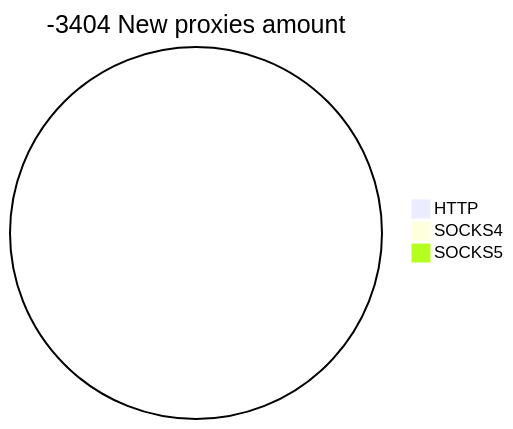
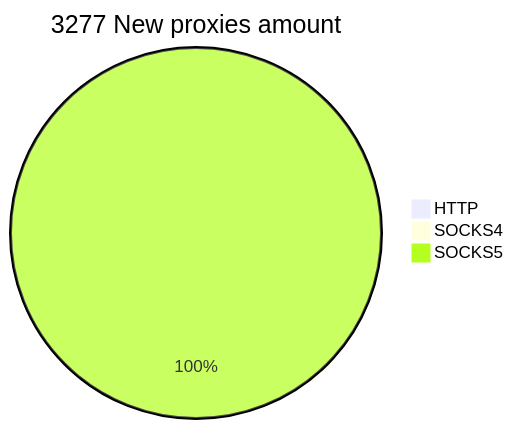
One commit to cutipu/proxylist changed the second of 2 diagrams in README.md. Above: the diagram before and after it, drawn with Mermaid. The commit also changed other lines of this file, not shown here.

````diff
--- a/README.md
+++ b/README.md
@@ -10,6 +10,6 @@
 ```mermaid
-pie title -3404 New proxies amount
+pie title 3277 New proxies amount
     "HTTP" : 0
-    "SOCKS4" : 0
-    "SOCKS5" : 0
+    "SOCKS4" : 1
+    "SOCKS5" : 3276
 ```
````
